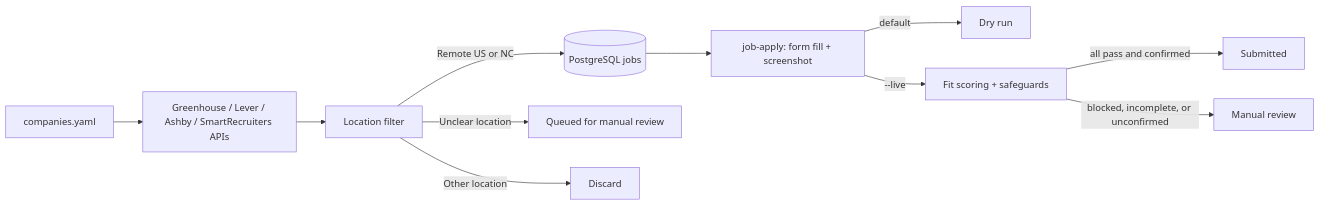
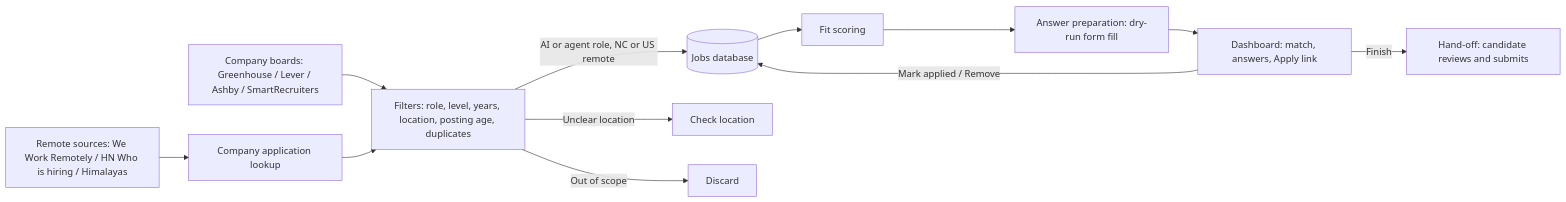
The diagram in README.md (armita-jamshidi/Apply_Auto), drawn with Mermaid before and after one commit. The commit also changed other lines of this file and 9 other files, not shown here.

First line of the commit message:
fix: keep company-hosted Greenhouse jobs fillable and harden the dashboard server

````diff
--- a/README.md
+++ b/README.md
@@ -9,13 +9,14 @@
 ```mermaid
 flowchart LR
-    C[companies.yaml] --> G[Greenhouse / Lever / Ashby / SmartRecruiters APIs]
-    G --> F[Location filter]
-    F -->|Remote US or NC| D[(PostgreSQL jobs)]
-    F -->|Unclear location| Q[Queued for manual review]
-    F -->|Other location| X[Discard]
-    D --> A[job-apply: form fill + screenshot]
-    A -->|default| R[Dry run]
-    A -->|--live| S[Fit scoring + safeguards]
-    S -->|all pass and confirmed| P[Submitted]
-    S -->|blocked, incomplete, or unconfirmed| M[Manual review]
+    C[Company boards: Greenhouse / Lever / Ashby / SmartRecruiters] --> F
+    R[Remote sources: We Work Remotely / HN Who is hiring / Himalayas] --> L[Company application lookup]
+    L --> F[Filters: role, level, years, location, posting age, duplicates]
+    F -->|AI or agent role, NC or US remote| D[(Jobs database)]
+    F -->|Unclear location| Q[Check location]
+    F -->|Out of scope| X[Discard]
+    D --> S[Fit scoring]
+    S --> P[Answer preparation: dry-run form fill]
+    P --> B[Dashboard: match, answers, Apply link]
+    B -->|Finish| H[Hand-off: candidate reviews and submits]
+    B -->|Mark applied / Remove| D
 ```
````
